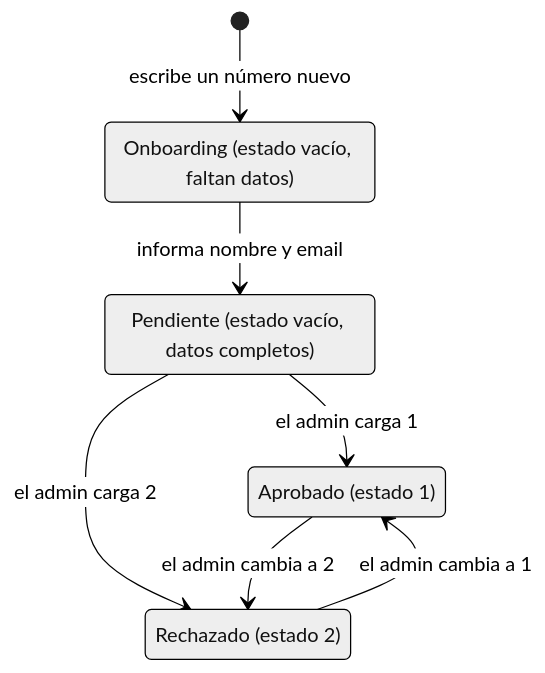
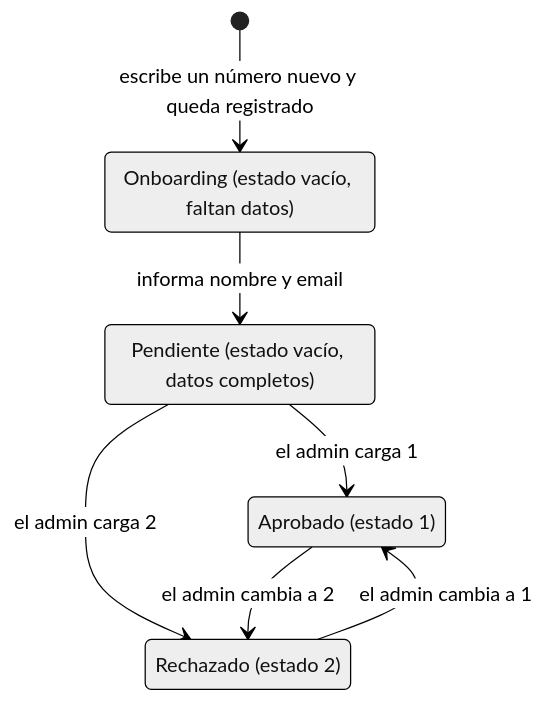
Before and after one commit to AndersonMauricio/Bot-de-Registro-Financiero: the second of 2 diagrams in README.md, drawn with Mermaid (neutral theme). The commit also changed other lines of this file and 38 other files, not shown here.

````diff
--- a/README.md
+++ b/README.md
@@ -117,14 +134,14 @@
 ```mermaid
 stateDiagram-v2
     state "Onboarding (estado vacío, faltan datos)" as Onboarding
     state "Pendiente (estado vacío, datos completos)" as Pendiente
     state "Aprobado (estado 1)" as Aprobado
     state "Rechazado (estado 2)" as Rechazado
 
-    [*] --> Onboarding: escribe un número nuevo
+    [*] --> Onboarding: escribe un número nuevo y queda registrado
     Onboarding --> Pendiente: informa nombre y email
     Pendiente --> Aprobado: el admin carga 1
     Pendiente --> Rechazado: el admin carga 2
     Aprobado --> Rechazado: el admin cambia a 2
     Rechazado --> Aprobado: el admin cambia a 1
 ```
````
